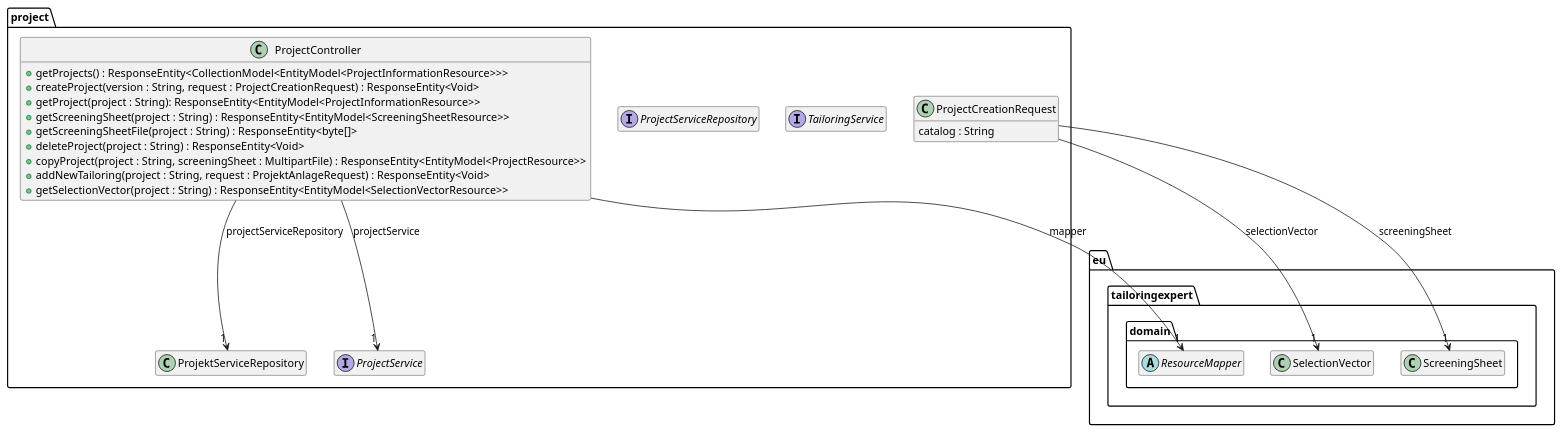
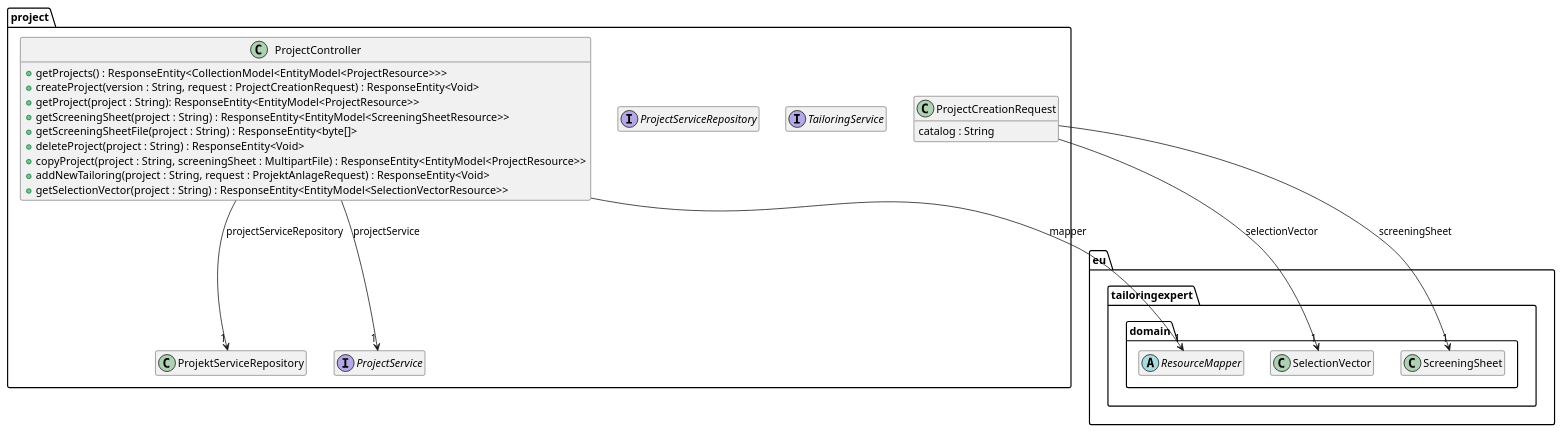
One commit to tailoringexpert/platform changed the diagram in src/site/arc42/plantuml/rest/project/Ebene3.plantuml. Above: the diagram before and after it, drawn with PlantUML. The commit also changed 24 other files, not shown here.

```diff
--- a/src/site/arc42/plantuml/rest/project/Ebene3.plantuml
+++ b/src/site/arc42/plantuml/rest/project/Ebene3.plantuml
@@ -1,43 +1,43 @@
 @startuml Ebene3.png
 hide empty members
 
 package eu.tailoringexpert {
     package domain {
         abstract class ResourceMapper
         class ScreeningSheet
         class SelectionVector
     }
 }
 
 package project {
     interface ProjectService {
     }
 
     interface TailoringService {
     }
 
     interface ProjectServiceRepository {
     }
 
     class ProjectCreationRequest {
         catalog : String
     }
     ProjectCreationRequest -> "1" ScreeningSheet : screeningSheet
     ProjectCreationRequest -> "1" SelectionVector : selectionVector
 
     class ProjectController {
-        +getProjects() : ResponseEntity<CollectionModel<EntityModel<ProjectInformationResource>>>
+        +getProjects() : ResponseEntity<CollectionModel<EntityModel<ProjectResource>>>
         +createProject(version : String, request : ProjectCreationRequest) : ResponseEntity<Void>
-        +getProject(project : String): ResponseEntity<EntityModel<ProjectInformationResource>>
+        +getProject(project : String): ResponseEntity<EntityModel<ProjectResource>>
         +getScreeningSheet(project : String) : ResponseEntity<EntityModel<ScreeningSheetResource>>
         +getScreeningSheetFile(project : String) : ResponseEntity<byte[]>
         +deleteProject(project : String) : ResponseEntity<Void>
         +copyProject(project : String, screeningSheet : MultipartFile) : ResponseEntity<EntityModel<ProjectResource>>
         +addNewTailoring(project : String, request : ProjektAnlageRequest) : ResponseEntity<Void>
         +getSelectionVector(project : String) : ResponseEntity<EntityModel<SelectionVectorResource>>
     }
     ProjectController --> "1" ResourceMapper : mapper
     ProjectController --> "1" ProjectService : projectService
     ProjectController --> "1" ProjektServiceRepository : projectServiceRepository
 }
 @enduml
```
